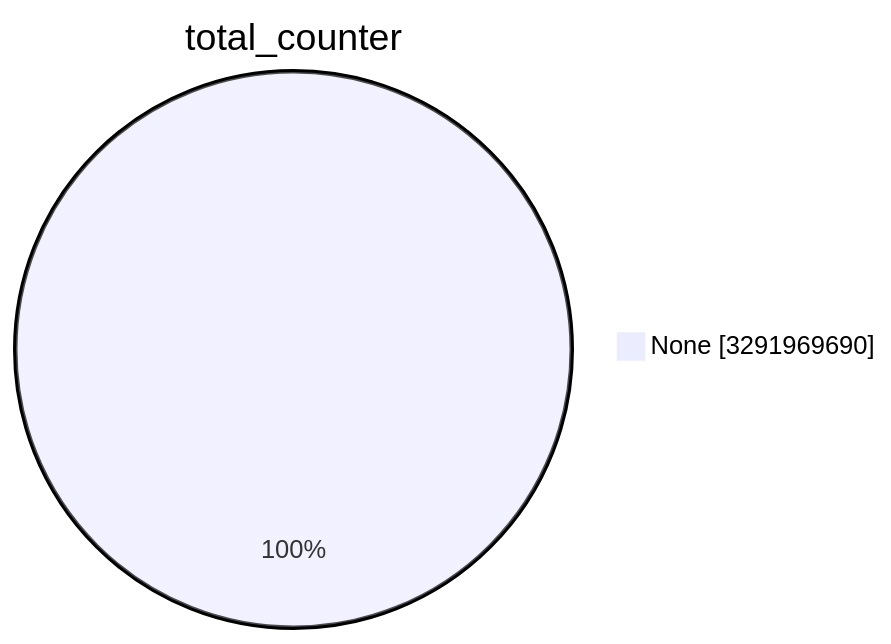
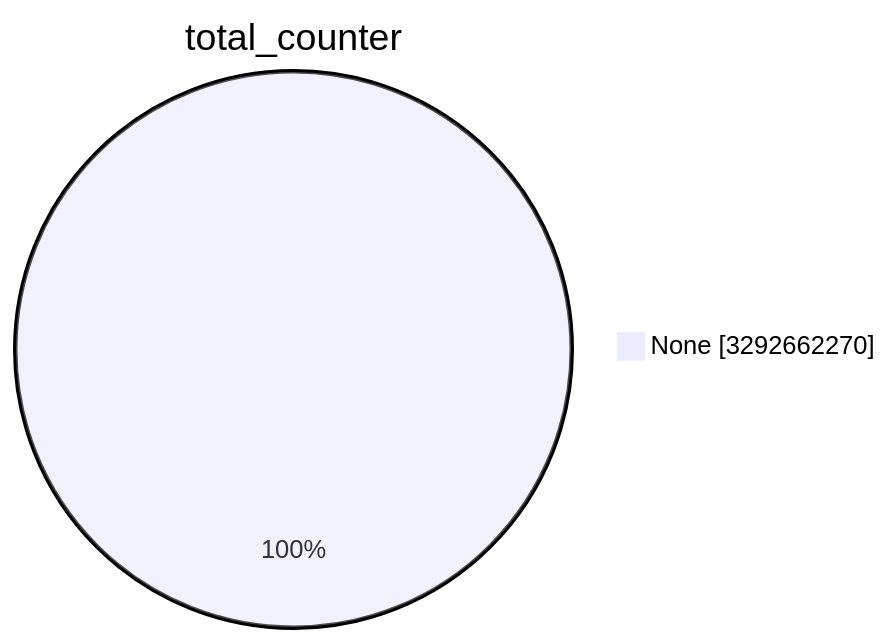
One commit to christiankrug/ctmonitor_visualization changed the first of 15 diagrams in TOTAL/README.md. Above: the diagram before and after it, drawn with Mermaid. The commit also changed other lines of this file, not shown here.

````diff
--- a/TOTAL/README.md
+++ b/TOTAL/README.md
@@ -1,5 +1,5 @@
 ```mermaid
 pie showData
 title total_counter
-"None" :3291969690
+"None" :3292662270
 ```
````
